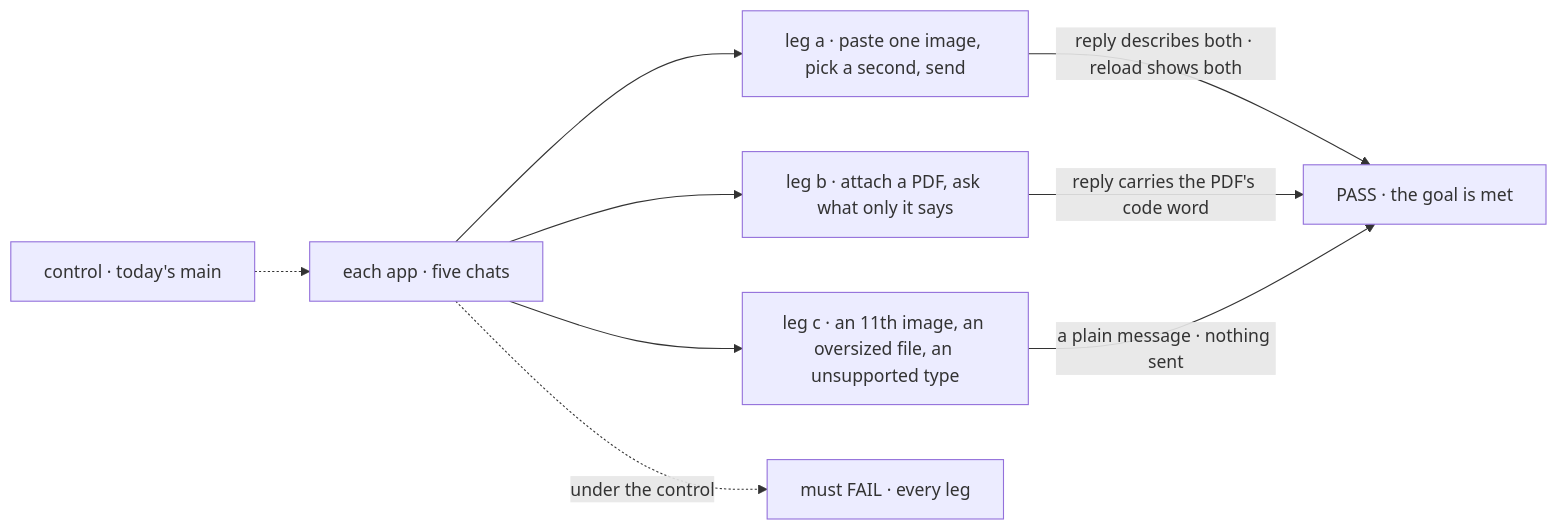
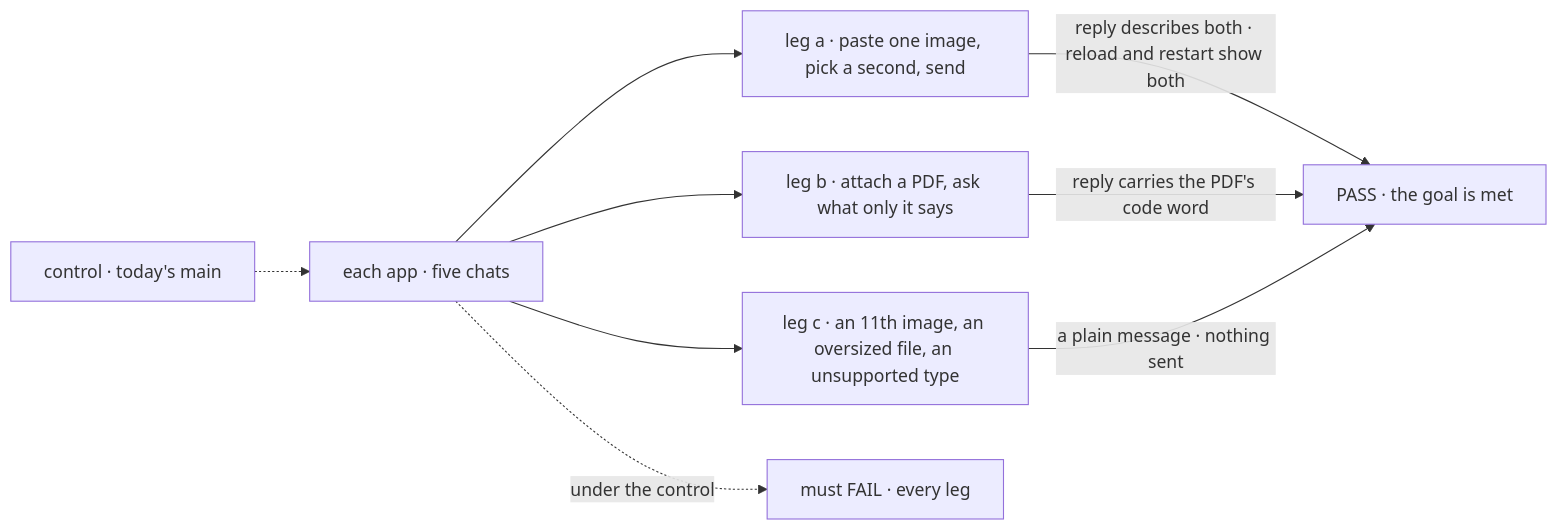
Before and after one commit to fixpoint-labs/flow-state-dev: the first of 2 diagrams in specs/epics/FIX-2516/SPEC.md, drawn with Mermaid. The commit also changed other lines of this file and 8 other files, not shown here.

````diff
--- a/specs/epics/FIX-2516/SPEC.md
+++ b/specs/epics/FIX-2516/SPEC.md
@@ -35,11 +33,11 @@
 ```mermaid
 flowchart LR
   A["each app · five chats"] --> L1["leg a · paste one image, pick a second, send"]
   A --> L2["leg b · attach a PDF, ask what only it says"]
   A --> L3["leg c · an 11th image, an oversized file, an unsupported type"]
-  L1 -->|"reply describes both · reload shows both"| P["PASS · the goal is met"]
+  L1 -->|"reply describes both · reload and restart show both"| P["PASS · the goal is met"]
   L2 -->|"reply carries the PDF's code word"| P
   L3 -->|"a plain message · nothing sent"| P
   C["control · today's main"] -.-> A
   A -.->|"under the control"| F["must FAIL · every leg"]
 ```
````
